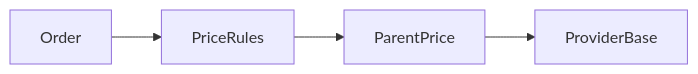
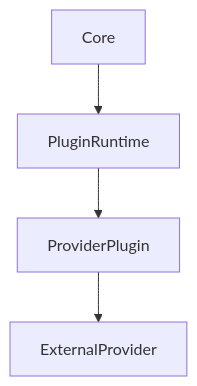
One commit to tofi2k/doc changed the fourth of 7 diagrams in architecture/arc42.md. Above: the diagram before and after it, drawn with Mermaid. The commit also changed other lines of this file and 4 other files, not shown here.

````diff
--- a/architecture/arc42.md
+++ b/architecture/arc42.md
@@ -154,6 +172,6 @@
 ```mermaid
-flowchart LR
-    Order --> PriceRules
-    PriceRules --> ParentPrice
-    ParentPrice --> ProviderBase
+flowchart TB
+    Core --> PluginRuntime
+    PluginRuntime --> ProviderPlugin
+    ProviderPlugin --> ExternalProvider
 ```
````
